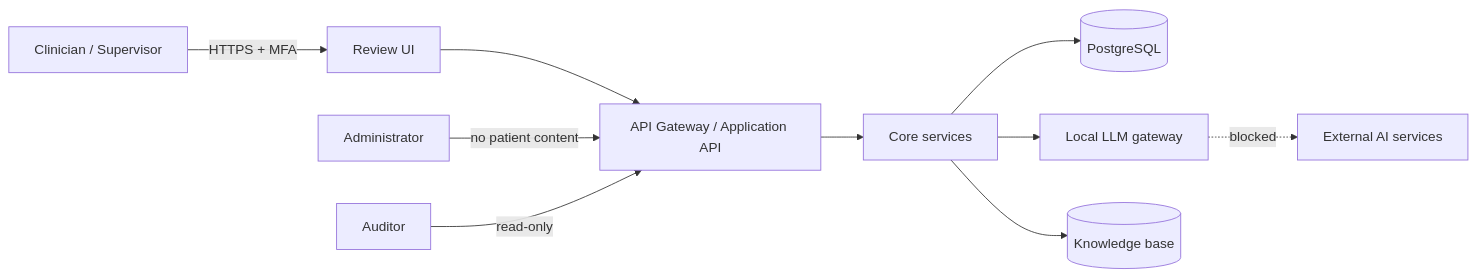
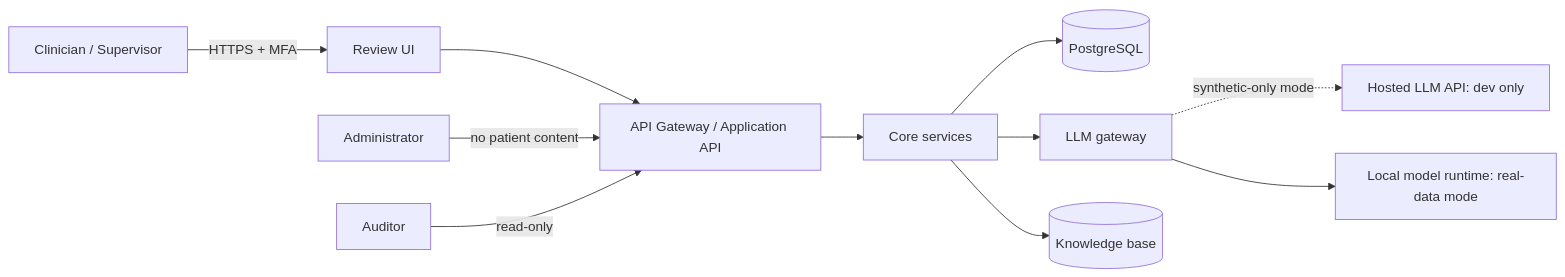
The first of 3 diagrams in ARCHITECTURE.md (edisontaimu9-ui/clinical-nutrition-ai), drawn with Mermaid before and after one commit. The commit also changed other lines of this file and 8 other files, not shown here.

Commit message:
docs: Phase 0 v0.2 - hosted synthetic-only LLM, adult-first scope, configurable safety reviewer

````diff
--- a/ARCHITECTURE.md
+++ b/ARCHITECTURE.md
@@ -28,12 +30,13 @@
 ```mermaid
 flowchart LR
     C[Clinician / Supervisor] -->|HTTPS + MFA| UI[Review UI]
     UI --> API[API Gateway / Application API]
     API --> CORE[Core services]
     CORE --> DB[(PostgreSQL)]
-    CORE --> LLM[Local LLM gateway]
+    CORE --> LLM[LLM gateway]
     CORE --> KB[(Knowledge base)]
     ADM[Administrator] -->|no patient content| API
     AUD[Auditor] -->|read-only| API
-    LLM -. blocked .-> EXT[External AI services]
+    LLM -. synthetic-only mode .-> HOST[Hosted LLM API: dev only]
+    LLM --> LOCAL[Local model runtime: real-data mode]
 ```
````
